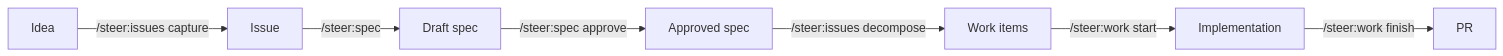
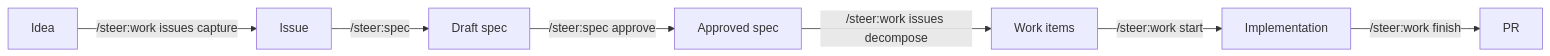
The diagram in docs/getting-started/first-workflow.md (element22llc/e22-plugins), drawn with Mermaid before and after one commit. The commit also changed other lines of this file and 13 other files, not shown here.

````diff
--- a/docs/getting-started/first-workflow.md
+++ b/docs/getting-started/first-workflow.md
@@ -15,9 +15,9 @@
 ```mermaid
 flowchart LR
-    A[Idea] -->|/steer:issues capture| B[Issue]
+    A[Idea] -->|/steer:work issues capture| B[Issue]
     B -->|/steer:spec| C[Draft spec]
     C -->|/steer:spec approve| D[Approved spec]
-    D -->|/steer:issues decompose| E[Work items]
+    D -->|/steer:work issues decompose| E[Work items]
     E -->|/steer:work start| F[Implementation]
     F -->|/steer:work finish| G[PR]
 ```
````
